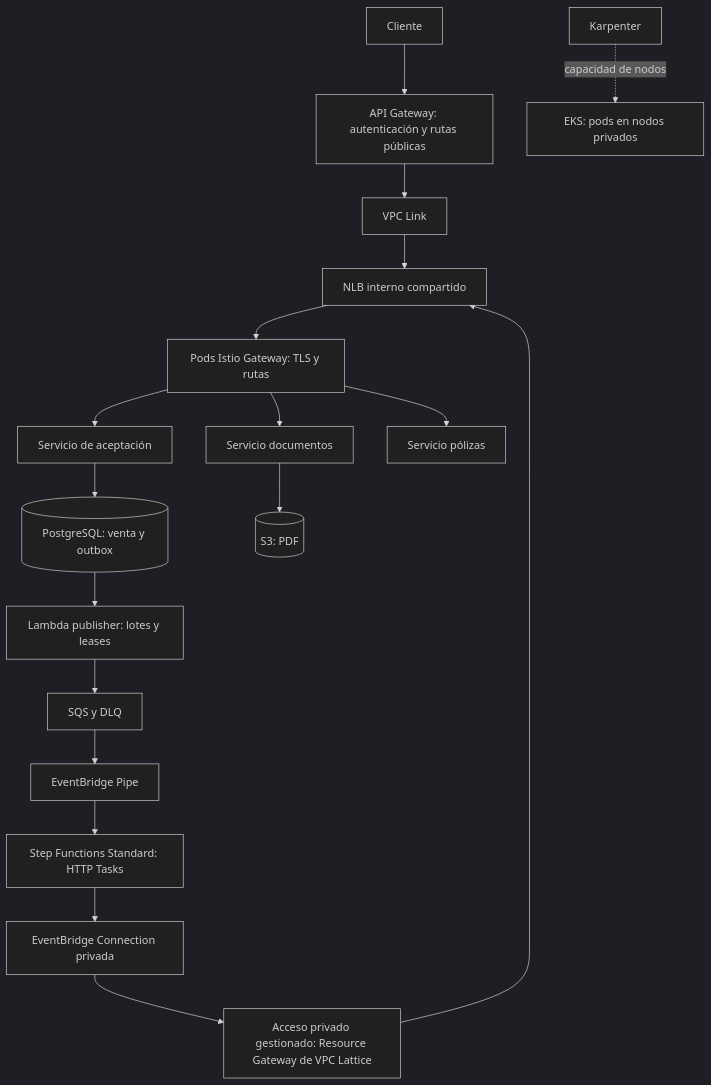
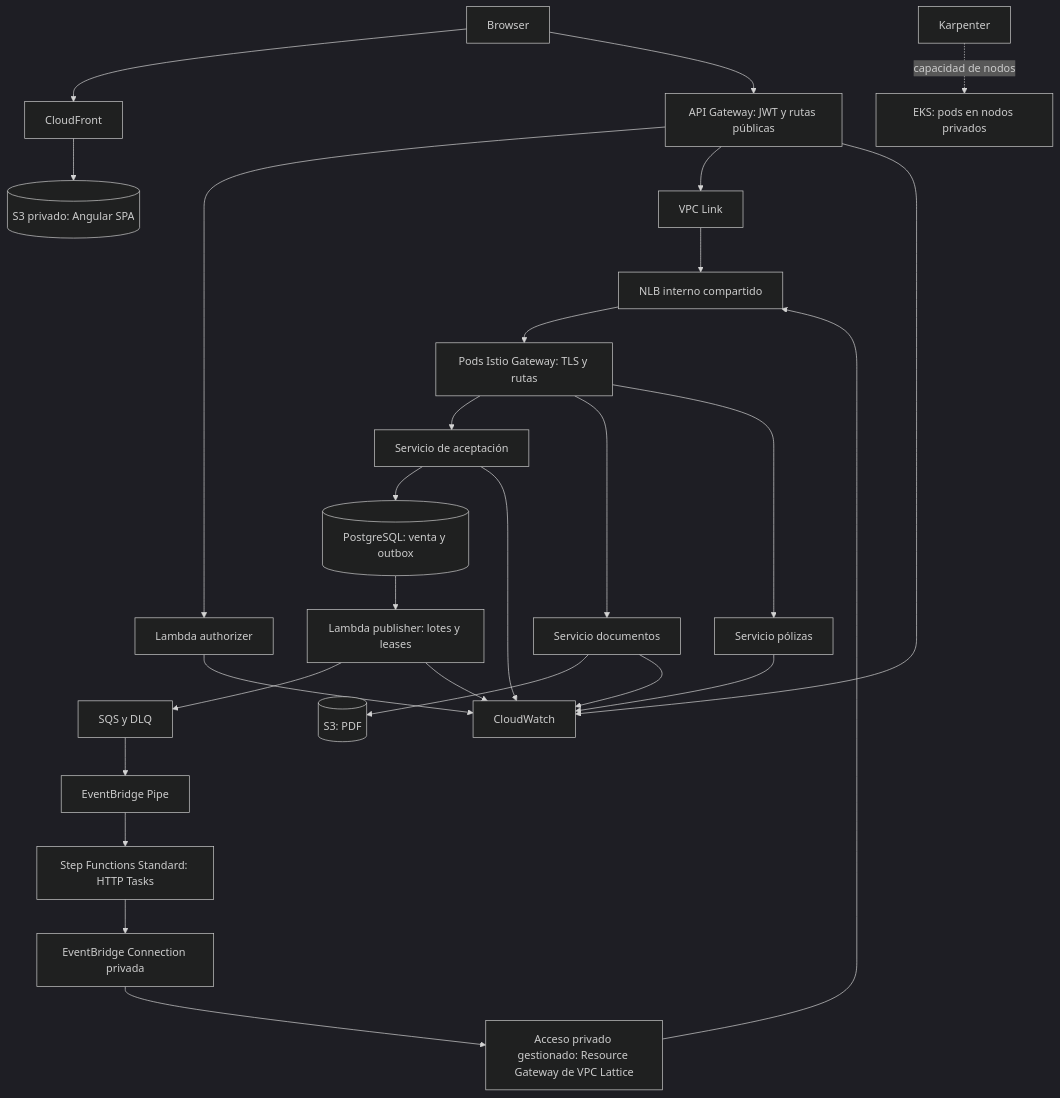
Before and after one commit to Mercally/micro-test: the diagram in aws/ARCHITECTURE.md, drawn with Mermaid (dark theme). The commit also changed other lines of this file and 28 other files, not shown here.

First line of the commit message:
feat: initialize Angular frontend for micro-test sales

````diff
--- a/aws/ARCHITECTURE.md
+++ b/aws/ARCHITECTURE.md
@@ -20,20 +20,29 @@
 ```mermaid
 flowchart TD
-  Client[Cliente] --> API[API Gateway: autenticación y rutas públicas]
+  Client[Browser] --> CF[CloudFront]
+  CF --> Frontend[(S3 privado: Angular SPA)]
+  Client --> API[API Gateway: JWT y rutas públicas]
+  API --> Auth[Lambda authorizer]
   API --> Link[VPC Link]
   Link --> NLB[NLB interno compartido]
   NLB --> GW[Pods Istio Gateway: TLS y rutas]
   GW --> Accept[Servicio de aceptación]
   Accept --> DB[(PostgreSQL: venta y outbox)]
   DB --> Pub[Lambda publisher: lotes y leases]
   Pub --> SQS[SQS y DLQ]
   SQS --> Pipe[EventBridge Pipe]
   Pipe --> SF[Step Functions Standard: HTTP Tasks]
   SF --> Conn[EventBridge Connection privada]
   Conn --> RG[Acceso privado gestionado: Resource Gateway de VPC Lattice]
   RG --> NLB
   GW --> Doc[Servicio documentos]
   GW --> Policy[Servicio pólizas]
   Doc --> S3[(S3: PDF)]
   K[Karpenter] -. capacidad de nodos .-> EKS[EKS: pods en nodos privados]
+  API --> CW[CloudWatch]
+  Auth --> CW
+  Pub --> CW
+  Accept --> CW
+  Doc --> CW
+  Policy --> CW
 ```
````
